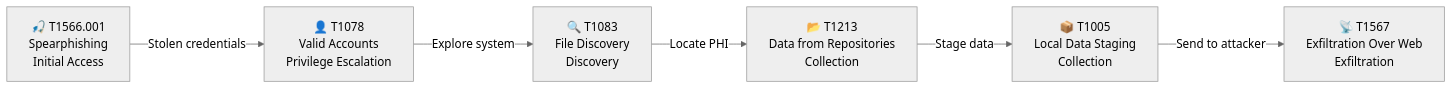
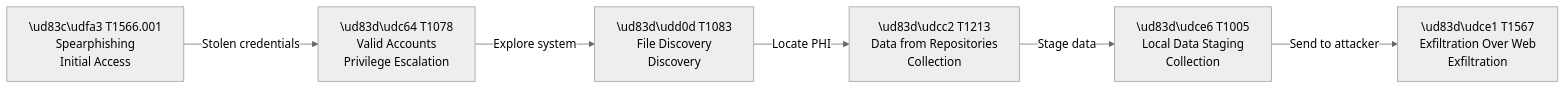
One commit to AurelienKumarathas/Complete-threat-model-for-healthcare-application changed the first of 5 diagrams in reports/analyses/mitre-mapping.md. Above: the diagram before and after it, drawn with Mermaid (neutral theme). The commit also changed other lines of this file, not shown here.

````diff
--- a/reports/analyses/mitre-mapping.md
+++ b/reports/analyses/mitre-mapping.md
@@ -100,8 +110,8 @@
 ```mermaid
 flowchart LR
-    A["🎣 T1566.001\nSpearphishing\nInitial Access"] -->|Stolen credentials| B["👤 T1078\nValid Accounts\nPrivilege Escalation"]
-    B -->|Explore system| C["🔍 T1083\nFile Discovery\nDiscovery"]
-    C -->|Locate PHI| D["📂 T1213\nData from Repositories\nCollection"]
-    D -->|Stage data| E["📦 T1005\nLocal Data Staging\nCollection"]
-    E -->|Send to attacker| F["📡 T1567\nExfiltration Over Web\nExfiltration"]
+    A["\ud83c\udfa3 T1566.001\nSpearphishing\nInitial Access"] -->|Stolen credentials| B["\ud83d\udc64 T1078\nValid Accounts\nPrivilege Escalation"]
+    B -->|Explore system| C["\ud83d\udd0d T1083\nFile Discovery\nDiscovery"]
+    C -->|Locate PHI| D["\ud83d\udcc2 T1213\nData from Repositories\nCollection"]
+    D -->|Stage data| E["\ud83d\udce6 T1005\nLocal Data Staging\nCollection"]
+    E -->|Send to attacker| F["\ud83d\udce1 T1567\nExfiltration Over Web\nExfiltration"]
 ```
````
